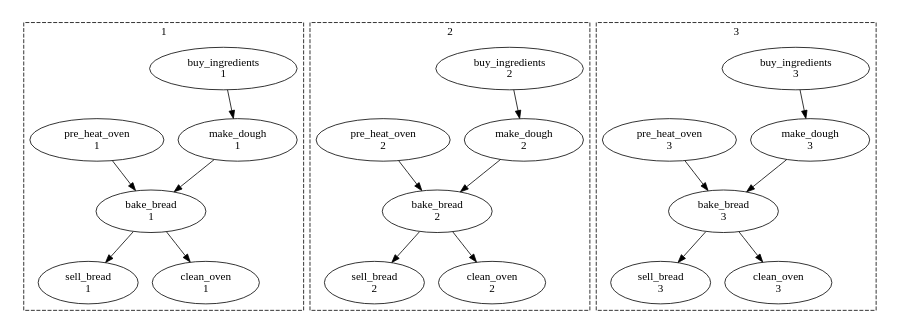
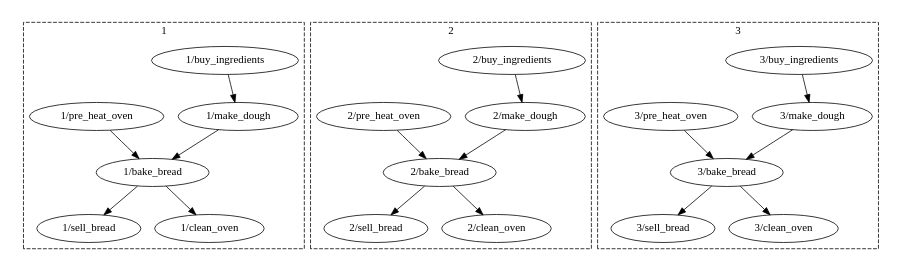
The first of 4 diagrams in src/tutorial/scheduling/integer-cycling.rst (cylc/cylc-doc), drawn with Graphviz before and after one commit. The commit also changed other lines of this file, not shown here.

```diff
--- a/src/tutorial/scheduling/integer-cycling.rst
+++ b/src/tutorial/scheduling/integer-cycling.rst
@@ -79,44 +79,44 @@
 .. digraph:: example
    :align: center
 
    size = "7,15"
 
    subgraph cluster_1 {
        label = 1
        style = dashed
-       "1/pur" [label="buy_ingredients\n1"]
-       "1/mak" [label="make_dough\n1"]
-       "1/bak" [label="bake_bread\n1"]
-       "1/sel" [label="sell_bread\n1"]
-       "1/cle" [label="clean_oven\n1"]
-       "1/pre" [label="pre_heat_oven\n1"]
+       "1/pur" [label="1/buy_ingredients"]
+       "1/mak" [label="1/make_dough"]
+       "1/bak" [label="1/bake_bread"]
+       "1/sel" [label="1/sell_bread"]
+       "1/cle" [label="1/clean_oven"]
+       "1/pre" [label="1/pre_heat_oven"]
    }
 
    subgraph cluster_2 {
        label = 2
        style = dashed
-       "2/pur" [label="buy_ingredients\n2"]
-       "2/mak" [label="make_dough\n2"]
-       "2/bak" [label="bake_bread\n2"]
-       "2/sel" [label="sell_bread\n2"]
-       "2/cle" [label="clean_oven\n2"]
-       "2/pre" [label="pre_heat_oven\n2"]
+       "2/pur" [label="2/buy_ingredients"]
+       "2/mak" [label="2/make_dough"]
+       "2/bak" [label="2/bake_bread"]
+       "2/sel" [label="2/sell_bread"]
+       "2/cle" [label="2/clean_oven"]
+       "2/pre" [label="2/pre_heat_oven"]
    }
 
    subgraph cluster_3 {
        label = 3
        style = dashed
-       "3/pur" [label="buy_ingredients\n3"]
-       "3/mak" [label="make_dough\n3"]
-       "3/bak" [label="bake_bread\n3"]
-       "3/sel" [label="sell_bread\n3"]
-       "3/cle" [label="clean_oven\n3"]
-       "3/pre" [label="pre_heat_oven\n3"]
+       "3/pur" [label="3/buy_ingredients"]
+       "3/mak" [label="3/make_dough"]
+       "3/bak" [label="3/bake_bread"]
+       "3/sel" [label="3/sell_bread"]
+       "3/cle" [label="3/clean_oven"]
+       "3/pre" [label="3/pre_heat_oven"]
    }
 
    "1/pur" -> "1/mak" -> "1/bak" -> "1/sel"
    "1/pre" -> "1/bak" -> "1/cle"
    "2/pur" -> "2/mak" -> "2/bak" -> "2/sel"
    "2/pre" -> "2/bak" -> "2/cle"
    "3/pur" -> "3/mak" -> "3/bak" -> "3/sel"
    "3/pre" -> "3/bak" -> "3/cle"
```
